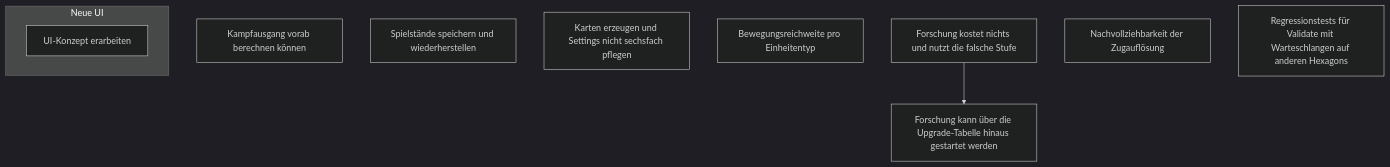
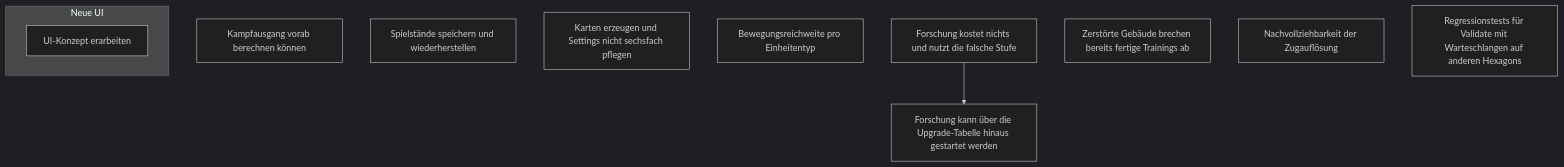
The diagram in views/dependencies.md (jasdefer/Simulturn), drawn with Mermaid (dark theme) before and after one commit. The commit also changed 25 other files, not shown here.

````diff
--- a/views/dependencies.md
+++ b/views/dependencies.md
@@ -5,15 +5,16 @@
 ```mermaid
 flowchart TD
     combat-forecast-core["Kampfausgang vorab berechnen können"]
     game-persistence["Spielstände speichern und wiederherstellen"]
     map-generator-and-default-settings["Karten erzeugen und Settings nicht sechsfach pflegen"]
     movement-range["Bewegungsreichweite pro Einheitentyp"]
     research-cost-and-duration["Forschung kostet nichts und nutzt die falsche Stufe"]
     research-level-validation["Forschung kann über die Upgrade-Tabelle hinaus gestartet werden"]
+    training-cancellation-after-completion["Zerstörte Gebäude brechen bereits fertige Trainings ab"]
     turn-report["Nachvollziehbarkeit der Zugauflösung"]
     subgraph ui ["Neue UI"]
         ui-concept["UI-Konzept erarbeiten"]
     end
     validate-regression-tests["Regressionstests für Validate mit Warteschlangen auf anderen Hexagons"]
     research-cost-and-duration --> research-level-validation
 ```
````
